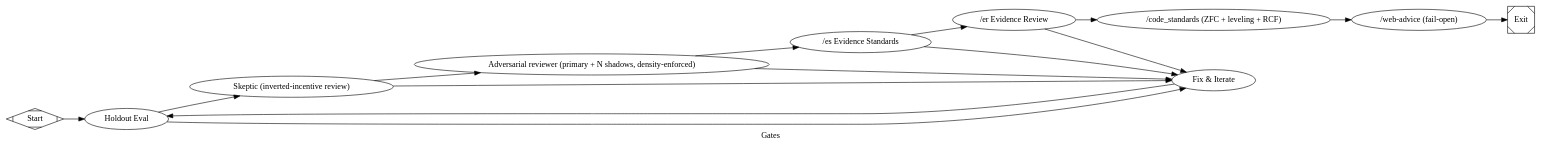
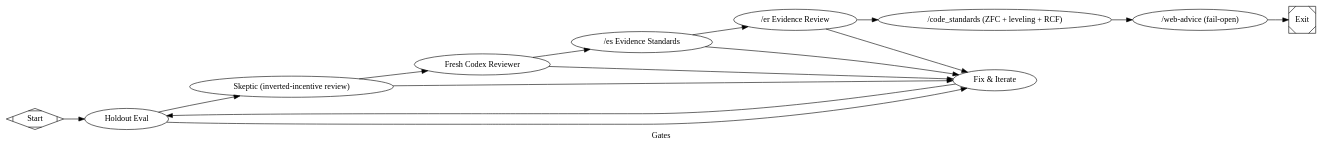
One commit to jleechanorg/dark-factory changed the diagram in pipelines/factory/gates.dot. Above: the diagram before and after it, drawn with Graphviz. The commit also changed 4 other files, not shown here.

Commit message:
Migrate factory reviewers to fresh Codex contract [agy][gpt-5.6-sol]

```diff
--- a/pipelines/factory/gates.dot
+++ b/pipelines/factory/gates.dot
@@ -1,107 +1,105 @@
 digraph gates {
     graph [
         goal="Full validation: holdout + 3 adversarial gates."
         level5="true"
         label="Gates"
         skip_explore="true"
         skip_plan="true"
         skip_implement="true"
     ]
     rankdir=LR
 
     start [shape=Mdiamond, label="Start"]
     exit  [shape=Msquare,  label="Exit"]
 
     holdout         [type="holdout_eval",        label="Holdout Eval", feature="hello", timeout=600]
     gate_skeptic [
         type="gate_skeptic",
         label="Skeptic (inverted-incentive review)",
         backend_priority="codex,minimax,agy,claude-sonnet",
         prefer_adversarial="true",
         timeout=600
     ]
     adversarial_reviewer [
-        type="parallel_reviewer",
-        label="Adversarial reviewer (primary + N shadows, density-enforced)",
-        review_contract="cold-review-v1",
-        prompt="@prompts/slim/review_phase5_shadow.md",
-        backend_priority="minimax,agy,codex,claude-sonnet",
-        prefer_adversarial="true",
-        n_shadows="3",
-        gate_strict="true",
-        receipt_required="true",
+        type="codergen",
+        label="Fresh Codex Reviewer",
+        class="review",
+        backend="codex",
+        prompt="@prompts/slim/fresh_review.md",
+        fresh_session="true",
+        verdict_gate="true",
         timeout=600
     ]
     gate_es [
         type="gate_es",
         label="/es Evidence Standards",
         backend_priority="codex,minimax,agy,claude-sonnet",
         prefer_adversarial="true",
         gate_strict="true",
         timeout=600
     ]
     gate_er [
         type="gate_er",
         label="/er Evidence Review",
         backend_priority="codex,minimax,agy,claude-sonnet",
         prefer_adversarial="true",
         gate_strict="true",
         timeout=600
     ]
     gate_cs [
         type="gate_code_standards",
         label="/code_standards (ZFC + leveling + RCF)",
         backend_priority="codex,minimax,agy,claude-sonnet",
         prefer_adversarial="true",
         gate_strict="true",
         timeout=600
     ]
 
     // /web-advice fail-open advisory node
     web_advice [
         type="web_advice",
         label="/web-advice (fail-open)",
         prompt="@prompts/web_advice.txt",
         backend="claude",
         timeout=900,
         min_diff_lines="5",
         transport="auto",
         decision="continue",
         fail_open="true",
         description="Multi-model browser review (gemini/grok/chatgpt/perplexity) via real authenticated browser sessions. FAIL-OPEN: never blocks. Signal goes to CXDB + PR comment."
     ]
 
     // Bounded fix loop: any reviewer verdict other than success routes here
     // so the run can iterate on the artifact rather than terminating on a
     // first failure (per factory-evolve G2 fix-loop contract).
     fix [
         type="codergen",
         label="Fix & Iterate",
         class="fix",
         prompt="@prompts/slim/fix.md",
         max_visits="3",
         timeout=600
     ]
 
     start -> holdout
     holdout -> gate_skeptic [condition="outcome=success"]
     holdout -> fix         [condition="outcome!=success"]
 
     gate_skeptic -> adversarial_reviewer [condition="outcome=success"]
     gate_skeptic -> fix                  [condition="outcome!=success"]
 
     adversarial_reviewer -> gate_es [condition="outcome=success"]
     adversarial_reviewer -> fix     [condition="outcome!=success"]
 
     gate_es -> gate_er [condition="outcome=success"]
     gate_es -> fix     [condition="outcome!=success"]
 
     gate_er -> gate_cs [condition="outcome=success"]
     gate_er -> fix     [condition="outcome!=success"]
 
     gate_cs -> web_advice [condition="outcome=success"]
 
     // Fail-open heart: single unconditional edge to exit.
     web_advice -> exit
     fix -> holdout
 }
```
